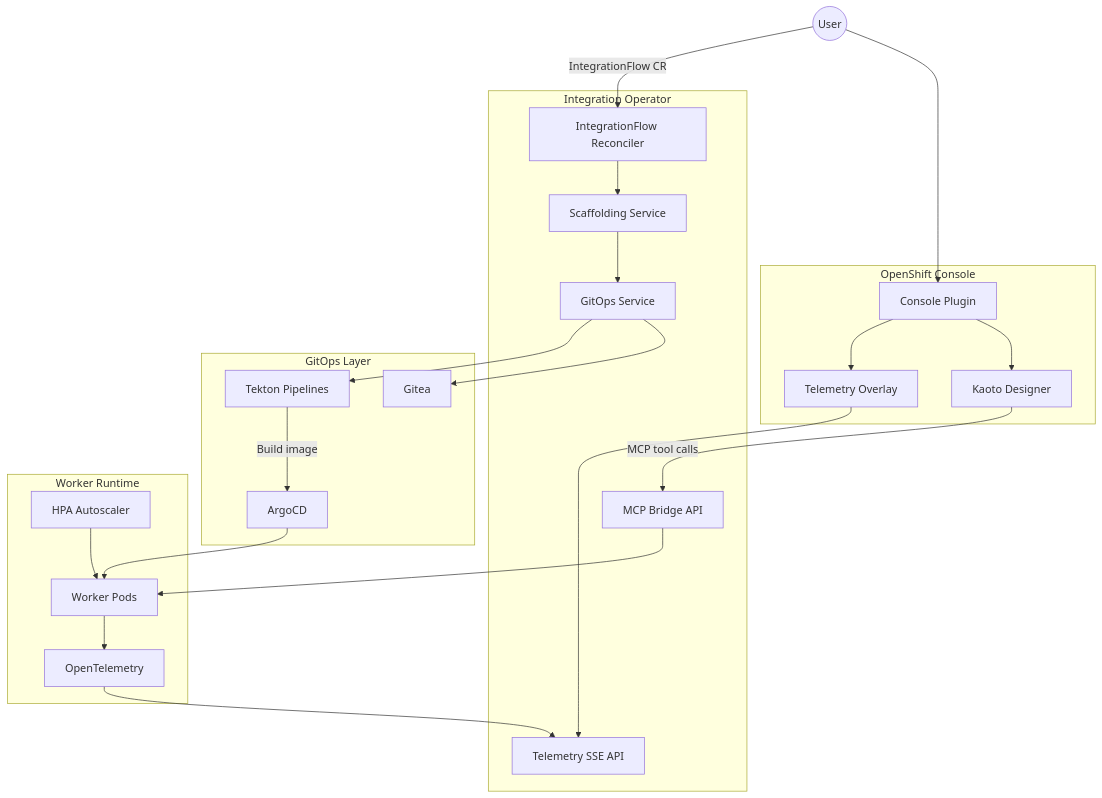
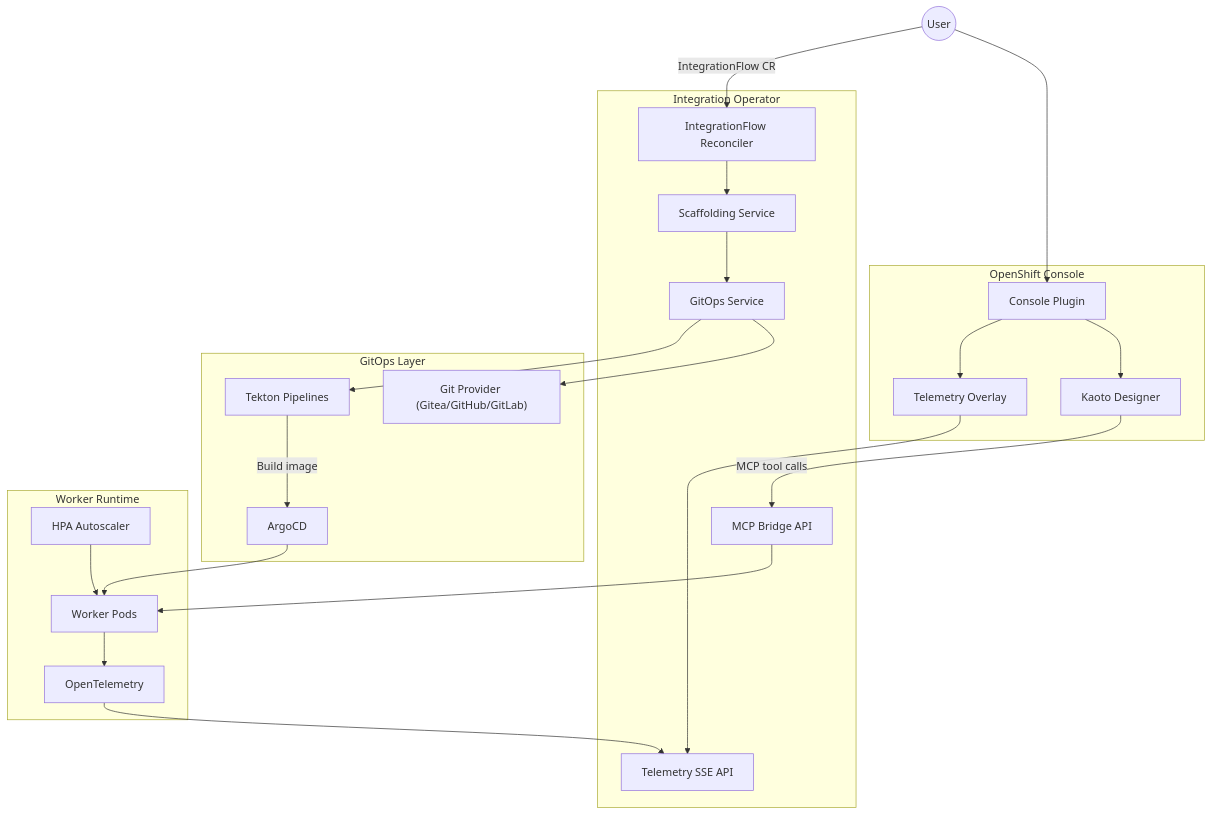
One commit to maximilianoPizarro/openshift-integration-operator changed the diagram in README.md. Above: the diagram before and after it, drawn with Mermaid. The commit also changed other lines of this file and 20 other files, not shown here.

First line of the commit message:
feat: multi-provider Git (Gitea/GitHub/GitLab) + 5 integration types

````diff
--- a/README.md
+++ b/README.md
@@ -43,47 +45,47 @@
 ```mermaid
 flowchart TB
     subgraph Console["OpenShift Console"]
         Plugin["Console Plugin"]
         Kaoto["Kaoto Designer"]
         Telemetry["Telemetry Overlay"]
     end
 
     subgraph Operator["Integration Operator"]
         Reconciler["IntegrationFlow Reconciler"]
         Scaffold["Scaffolding Service"]
         GitOps["GitOps Service"]
         MCP["MCP Bridge API"]
         SSE["Telemetry SSE API"]
     end
 
     subgraph GitOpsLayer["GitOps Layer"]
-        Gitea["Gitea"]
+        Git["Git Provider (Gitea/GitHub/GitLab)"]
         Tekton["Tekton Pipelines"]
         ArgoCD["ArgoCD"]
     end
 
     subgraph Runtime["Worker Runtime"]
         Workers["Worker Pods"]
         OTel["OpenTelemetry"]
         HPA["HPA Autoscaler"]
     end
 
     User((User)) --> Plugin
     Plugin --> Kaoto
     Plugin --> Telemetry
     Telemetry --> SSE
 
     User -->|IntegrationFlow CR| Reconciler
     Reconciler --> Scaffold
     Scaffold --> GitOps
-    GitOps --> Gitea
+    GitOps --> Git
     GitOps --> Tekton
     Tekton -->|Build image| ArgoCD
     ArgoCD --> Workers
     HPA --> Workers
     Workers --> OTel
     OTel --> SSE
 
     Kaoto -->|MCP tool calls| MCP
     MCP --> Workers
 ```
````
